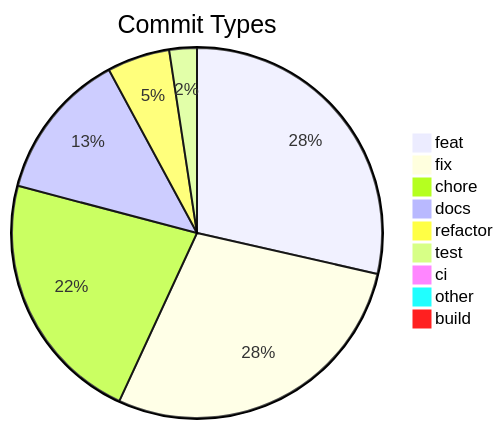
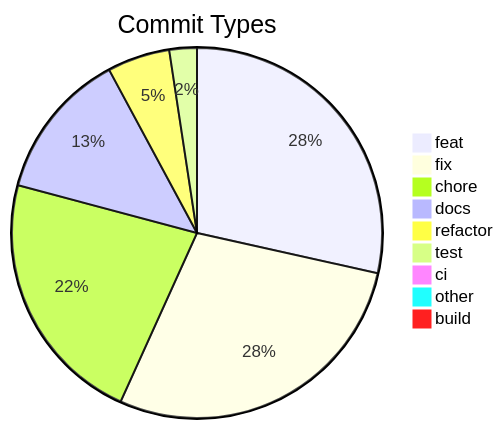
The diagram in .shipwright/compliance/change-history.md (svenroth-ai/shipwright), drawn with Mermaid before and after one commit. The commit also changed other lines of this file and 25 other files, not shown here.

````diff
--- a/.shipwright/compliance/change-history.md
+++ b/.shipwright/compliance/change-history.md
@@ -8,12 +8,12 @@
 ```mermaid
 pie title Commit Types
     "feat" : 261
     "fix" : 259
-    "chore" : 203
+    "chore" : 205
     "docs" : 119
     "refactor" : 50
     "test" : 22
     "ci" : 7
     "other" : 7
     "build" : 1
 ```
````
